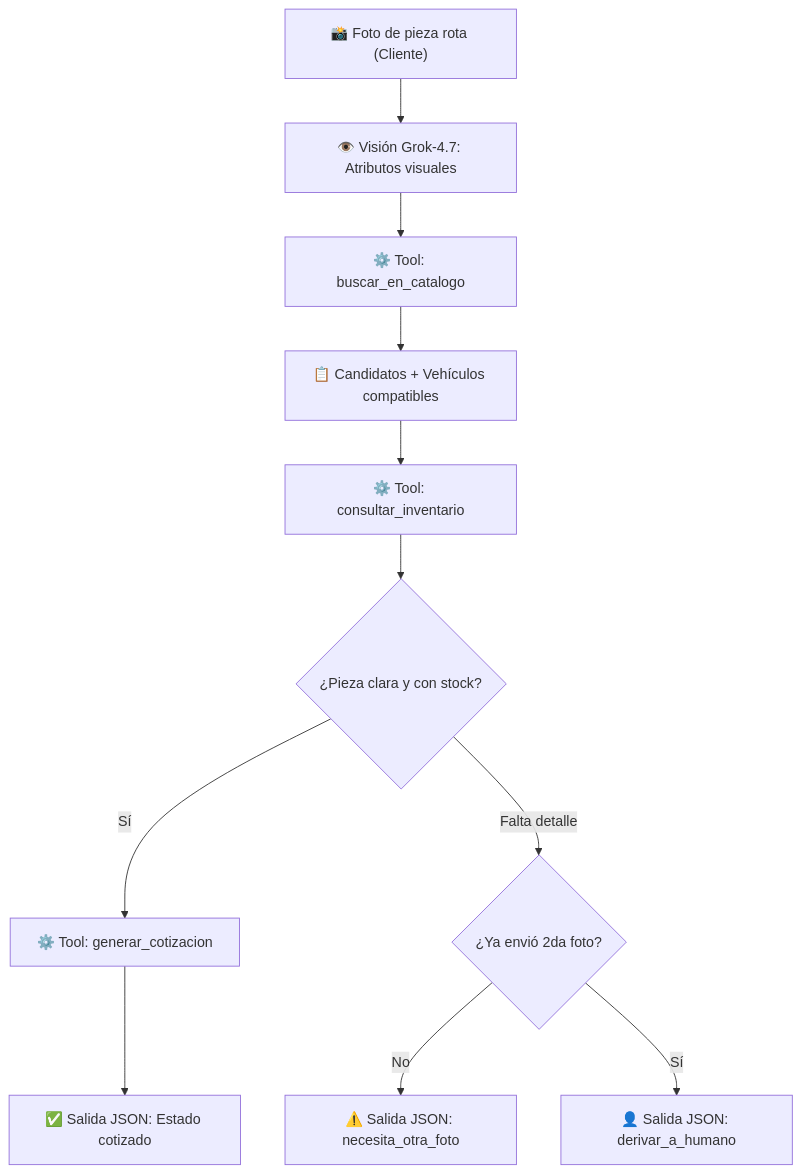
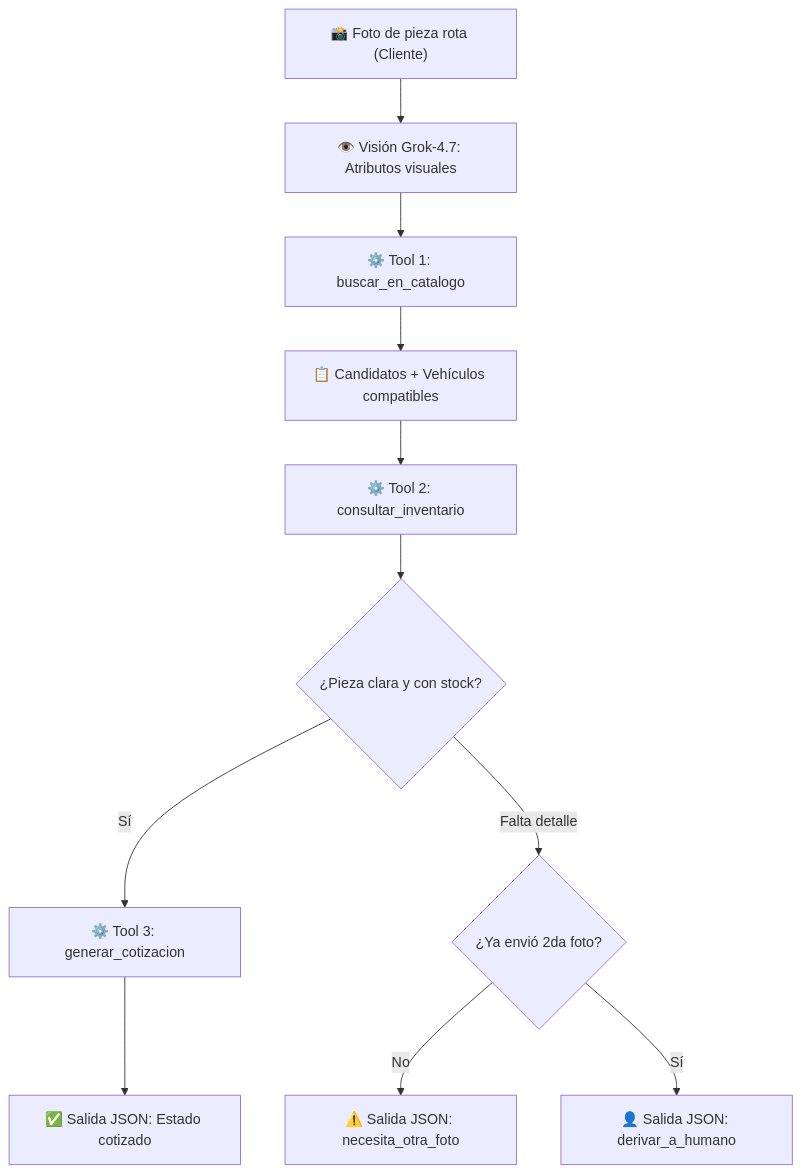
Before and after one commit to MateoGomezSepulveda/Agente-de-IA: the diagram in README.md, drawn with Mermaid. The commit also changed other lines of this file and 3 other files, not shown here.

````diff
--- a/README.md
+++ b/README.md
@@ -25,13 +41,13 @@
 ```mermaid
 flowchart TD
     A["📸 Foto de pieza rota (Cliente)"] --> B["👁️ Visión Grok-4.7: Atributos visuales"]
-    B --> C["⚙️ Tool: buscar_en_catalogo"]
+    B --> C["⚙️ Tool 1: buscar_en_catalogo"]
     C --> D["📋 Candidatos + Vehículos compatibles"]
-    D --> E["⚙️ Tool: consultar_inventario"]
+    D --> E["⚙️ Tool 2: consultar_inventario"]
     E --> F{"¿Pieza clara y con stock?"}
-    F -- "Sí" --> G["⚙️ Tool: generar_cotizacion"]
+    F -- "Sí" --> G["⚙️ Tool 3: generar_cotizacion"]
     G --> H["✅ Salida JSON: Estado cotizado"]
     F -- "Falta detalle" --> I{"¿Ya envió 2da foto?"}
     I -- "No" --> J["⚠️ Salida JSON: necesita_otra_foto"]
     I -- "Sí" --> K["👤 Salida JSON: derivar_a_humano"]
 ```
````
